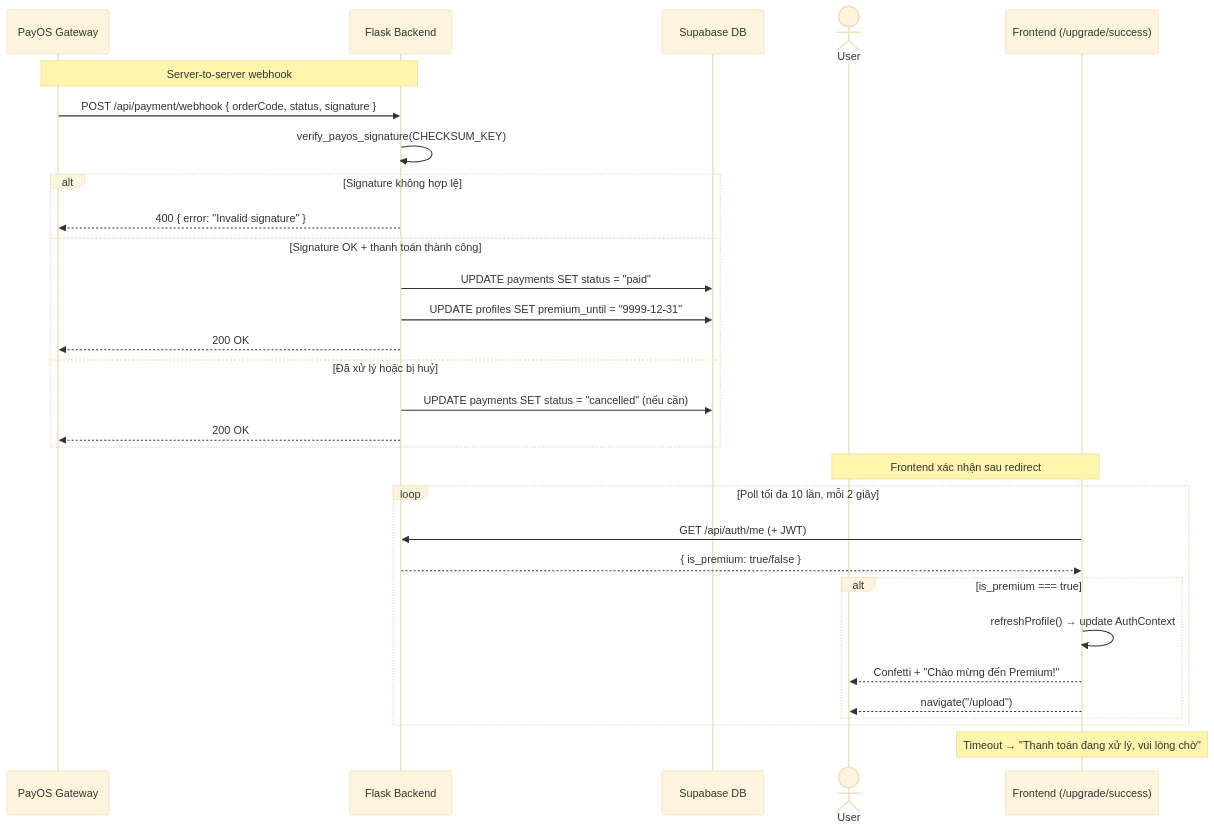
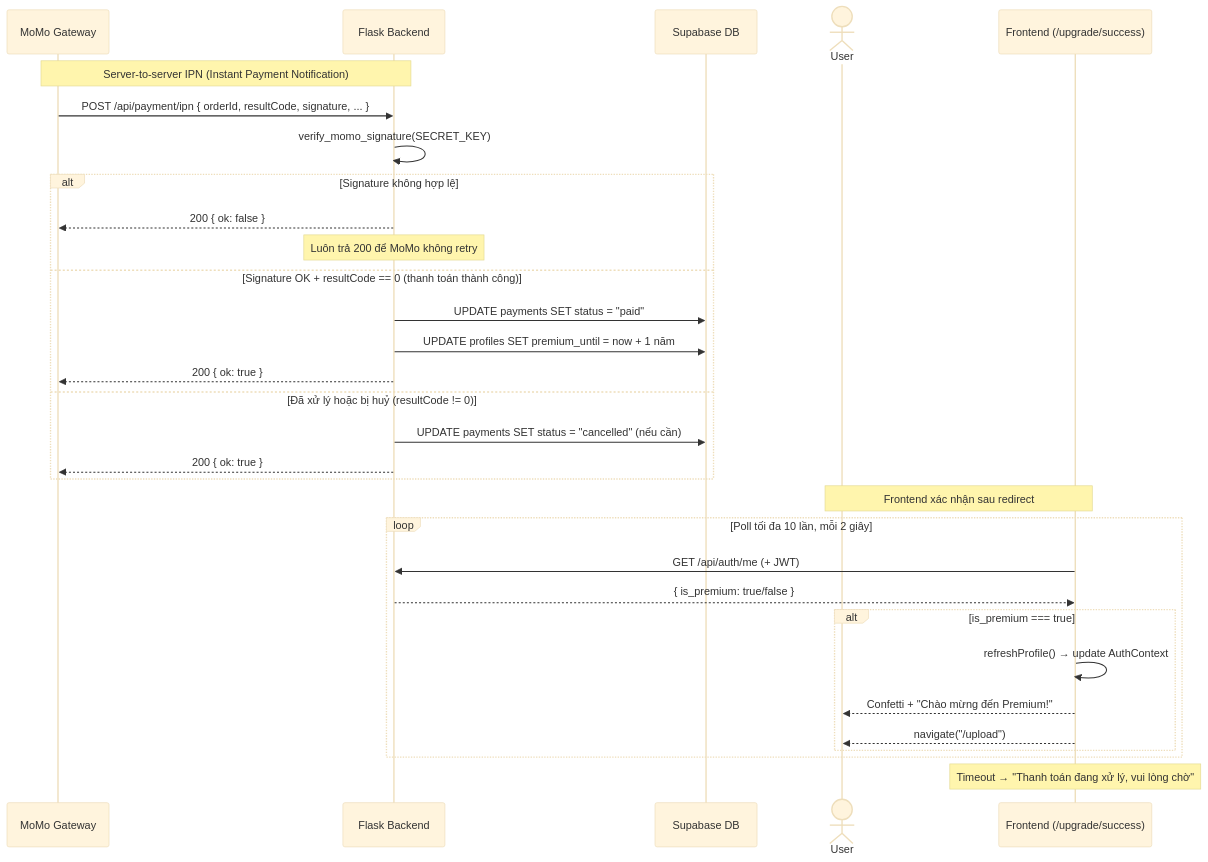
Diagram 17 of 22 in docs/system-flows.md (SonDinh1129/subtitle-project), drawn with Mermaid (base theme) before and after one commit. The commit also changed other lines of this file and 3 other files, not shown here.

````diff
--- a/docs/system-flows.md
+++ b/docs/system-flows.md
@@ -538,34 +553,35 @@
 ```mermaid
 sequenceDiagram
-    participant PayOS as PayOS Gateway
+    participant MoMo as MoMo Gateway
     participant Flask as Flask Backend
     participant DB as Supabase DB
     actor User
     participant FE as Frontend (/upgrade/success)
 
-    Note over PayOS,Flask: Server-to-server webhook
-    PayOS->>Flask: POST /api/payment/webhook { orderCode, status, signature }
-    Flask->>Flask: verify_payos_signature(CHECKSUM_KEY)
+    Note over MoMo,Flask: Server-to-server IPN (Instant Payment Notification)
+    MoMo->>Flask: POST /api/payment/ipn { orderId, resultCode, signature, ... }
+    Flask->>Flask: verify_momo_signature(SECRET_KEY)
     alt Signature không hợp lệ
-        Flask-->>PayOS: 400 { error: "Invalid signature" }
-    else Signature OK + thanh toán thành công
+        Flask-->>MoMo: 200 { ok: false }
+        Note over Flask: Luôn trả 200 để MoMo không retry
+    else Signature OK + resultCode == 0 (thanh toán thành công)
         Flask->>DB: UPDATE payments SET status = "paid"
-        Flask->>DB: UPDATE profiles SET premium_until = "9999-12-31"
-        Flask-->>PayOS: 200 OK
-    else Đã xử lý hoặc bị huỷ
+        Flask->>DB: UPDATE profiles SET premium_until = now + 1 năm
+        Flask-->>MoMo: 200 { ok: true }
+    else Đã xử lý hoặc bị huỷ (resultCode != 0)
         Flask->>DB: UPDATE payments SET status = "cancelled" (nếu cần)
-        Flask-->>PayOS: 200 OK
+        Flask-->>MoMo: 200 { ok: true }
     end
 
     Note over User,FE: Frontend xác nhận sau redirect
     loop Poll tối đa 10 lần, mỗi 2 giây
         FE->>Flask: GET /api/auth/me (+ JWT)
         Flask-->>FE: { is_premium: true/false }
         alt is_premium === true
             FE->>FE: refreshProfile() → update AuthContext
             FE-->>User: Confetti + "Chào mừng đến Premium!"
             FE-->>User: navigate("/upload")
         end
     end
     Note over FE: Timeout → "Thanh toán đang xử lý, vui lòng chờ"
 ```
````
